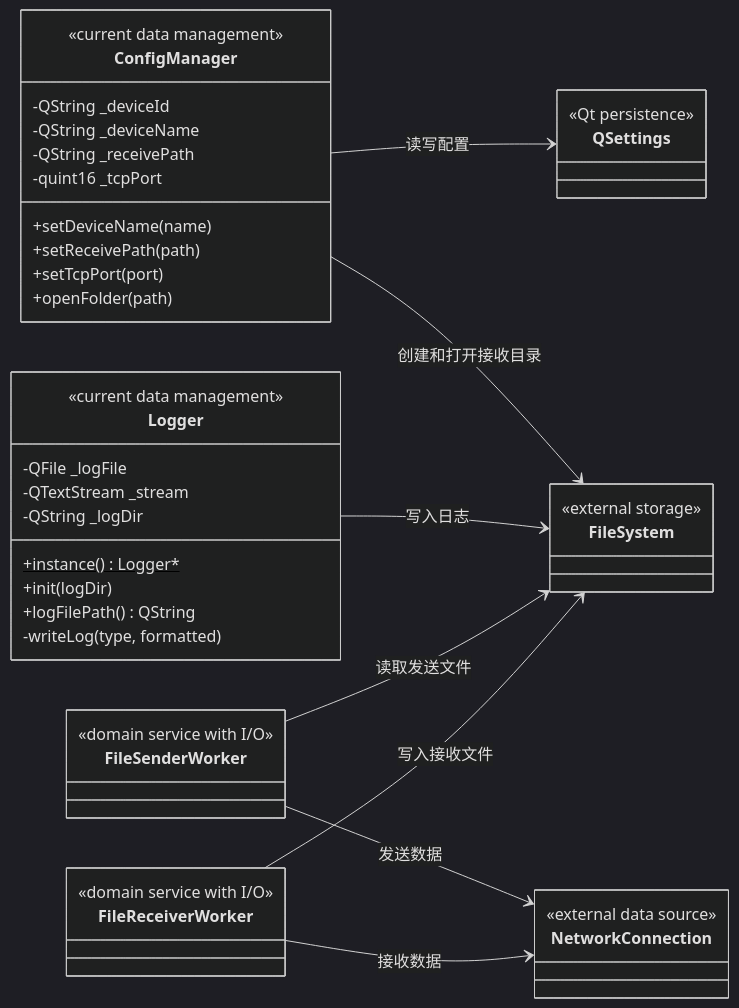
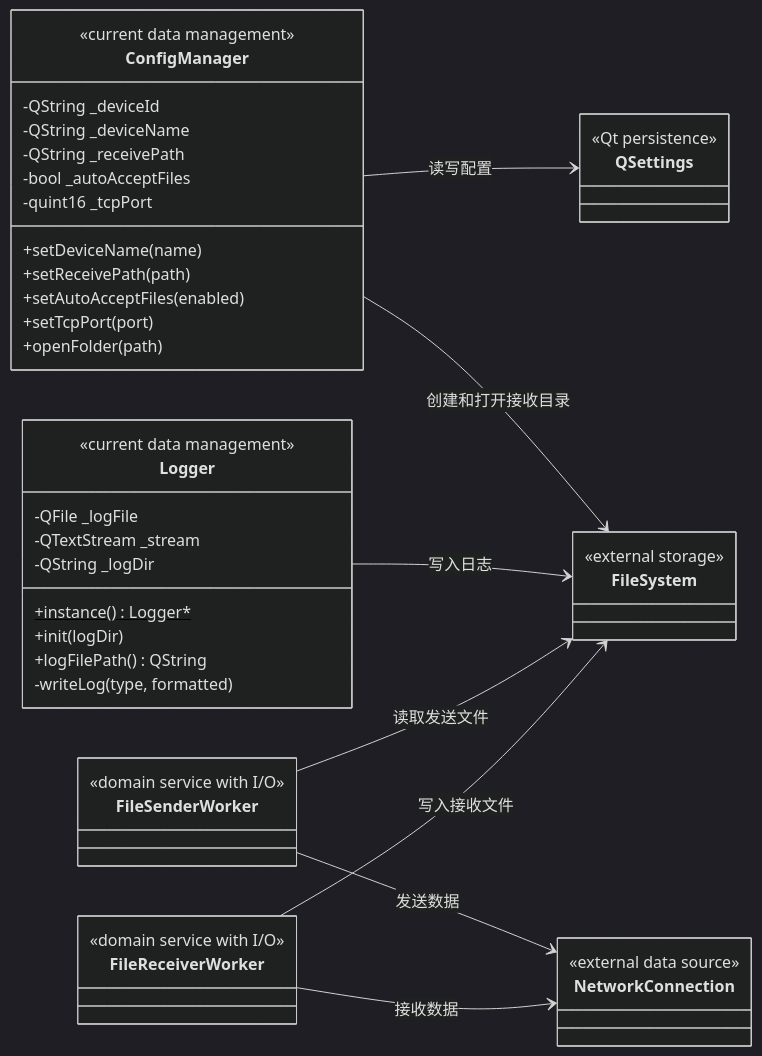
Before and after one commit to Gsheep0729/GridYard: the fifth of 5 diagrams in doc/diagrams/class-diagram.md, drawn with Mermaid (dark theme). The commit also changed other lines of this file and 17 other files, not shown here.

````diff
--- a/doc/diagrams/class-diagram.md
+++ b/doc/diagrams/class-diagram.md
@@ -399,55 +409,57 @@
 ```mermaid
 classDiagram
     direction LR
 
     class ConfigManager {
         <<current data management>>
         -QString _deviceId
         -QString _deviceName
         -QString _receivePath
+        -bool _autoAcceptFiles
         -quint16 _tcpPort
         +setDeviceName(name)
         +setReceivePath(path)
+        +setAutoAcceptFiles(enabled)
         +setTcpPort(port)
         +openFolder(path)
     }
 
     class Logger {
         <<current data management>>
         -QFile _logFile
         -QTextStream _stream
         -QString _logDir
         +instance()$ Logger*
         +init(logDir)
         +logFilePath() QString
         -writeLog(type, formatted)
     }
 
     class QSettings {
         <<Qt persistence>>
     }
 
     class FileSystem {
         <<external storage>>
     }
 
     class NetworkConnection {
         <<external data source>>
     }
 
     class FileSenderWorker {
         <<domain service with I/O>>
     }
 
     class FileReceiverWorker {
         <<domain service with I/O>>
     }
 
     ConfigManager --> QSettings : 读写配置
     ConfigManager --> FileSystem : 创建和打开接收目录
     Logger --> FileSystem : 写入日志
     FileSenderWorker --> FileSystem : 读取发送文件
     FileReceiverWorker --> FileSystem : 写入接收文件
     FileSenderWorker --> NetworkConnection : 发送数据
     FileReceiverWorker --> NetworkConnection : 接收数据
 ```
````
